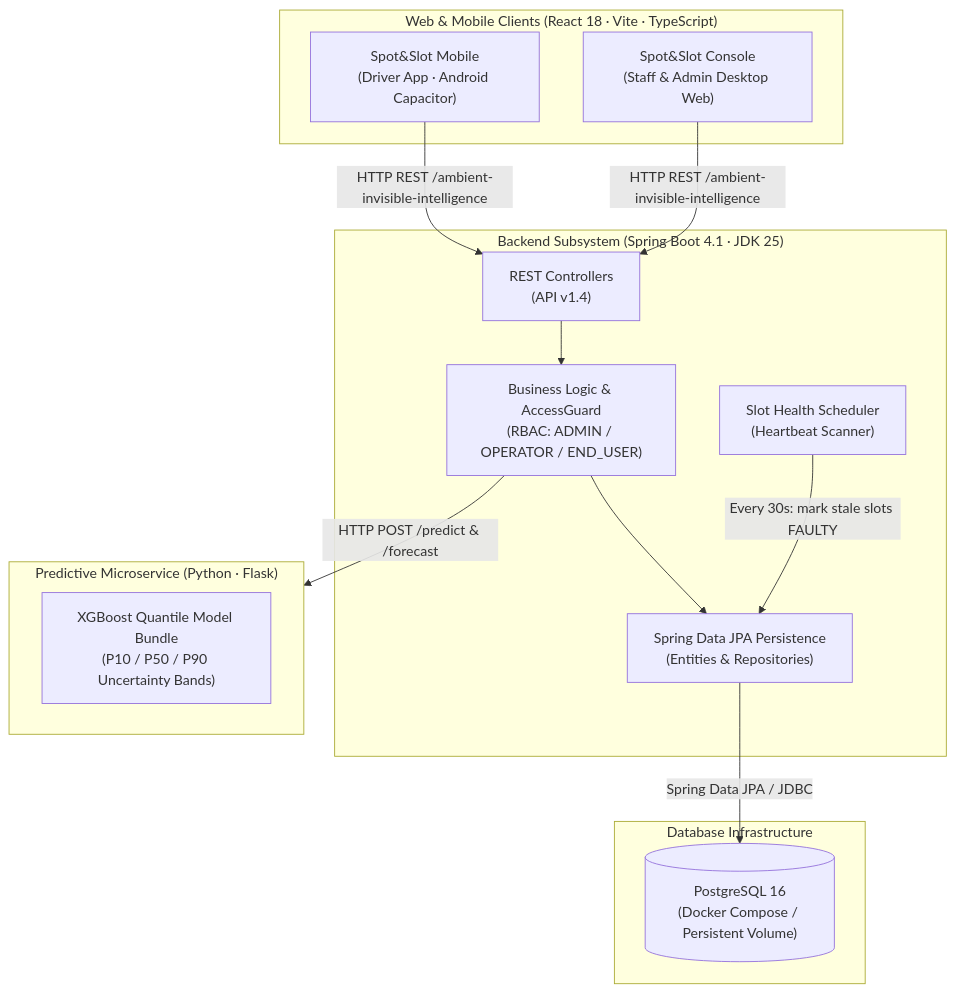
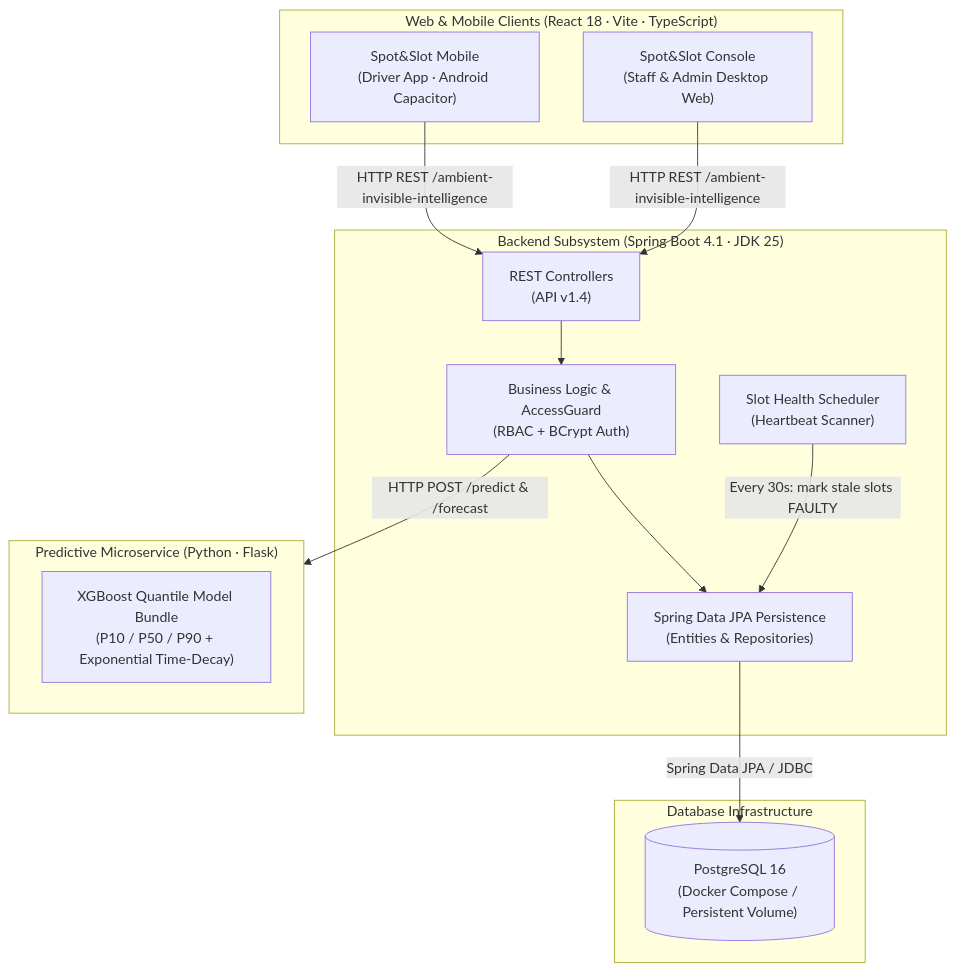
One commit to AsayagOmer/SpotAndSlot changed the diagram in README.md. Above: the diagram before and after it, drawn with Mermaid. The commit also changed other lines of this file and 1 other file, not shown here.

````diff
--- a/README.md
+++ b/README.md
@@ -33,30 +34,30 @@
 ```mermaid
 flowchart TD
     subgraph Clients["Web & Mobile Clients (React 18 · Vite · TypeScript)"]
         Mobile["Spot&Slot Mobile<br/>(Driver App · Android Capacitor)"]
         Console["Spot&Slot Console<br/>(Staff & Admin Desktop Web)"]
     end
 
     subgraph Backend["Backend Subsystem (Spring Boot 4.1 · JDK 25)"]
         Controllers["REST Controllers<br/>(API v1.4)"]
-        Logic["Business Logic & AccessGuard<br/>(RBAC: ADMIN / OPERATOR / END_USER)"]
+        Logic["Business Logic & AccessGuard<br/>(RBAC + BCrypt Auth)"]
         Persistence["Spring Data JPA Persistence<br/>(Entities & Repositories)"]
         HealthScheduler["Slot Health Scheduler<br/>(Heartbeat Scanner)"]
     end
 
     subgraph MLService["Predictive Microservice (Python · Flask)"]
-        Model["XGBoost Quantile Model Bundle<br/>(P10 / P50 / P90 Uncertainty Bands)"]
+        Model["XGBoost Quantile Model Bundle<br/>(P10 / P50 / P90 + Exponential Time-Decay)"]
     end
 
     subgraph Storage["Database Infrastructure"]
         Postgres[("PostgreSQL 16<br/>(Docker Compose / Persistent Volume)")]
     end
 
     Mobile -->|HTTP REST /ambient-invisible-intelligence| Controllers
     Console -->|HTTP REST /ambient-invisible-intelligence| Controllers
     Controllers --> Logic
     Logic --> Persistence
     Logic -->|HTTP POST /predict & /forecast| MLService
     Persistence -->|Spring Data JPA / JDBC| Postgres
     HealthScheduler -->|Every 30s: mark stale slots FAULTY| Persistence
 ```
````
